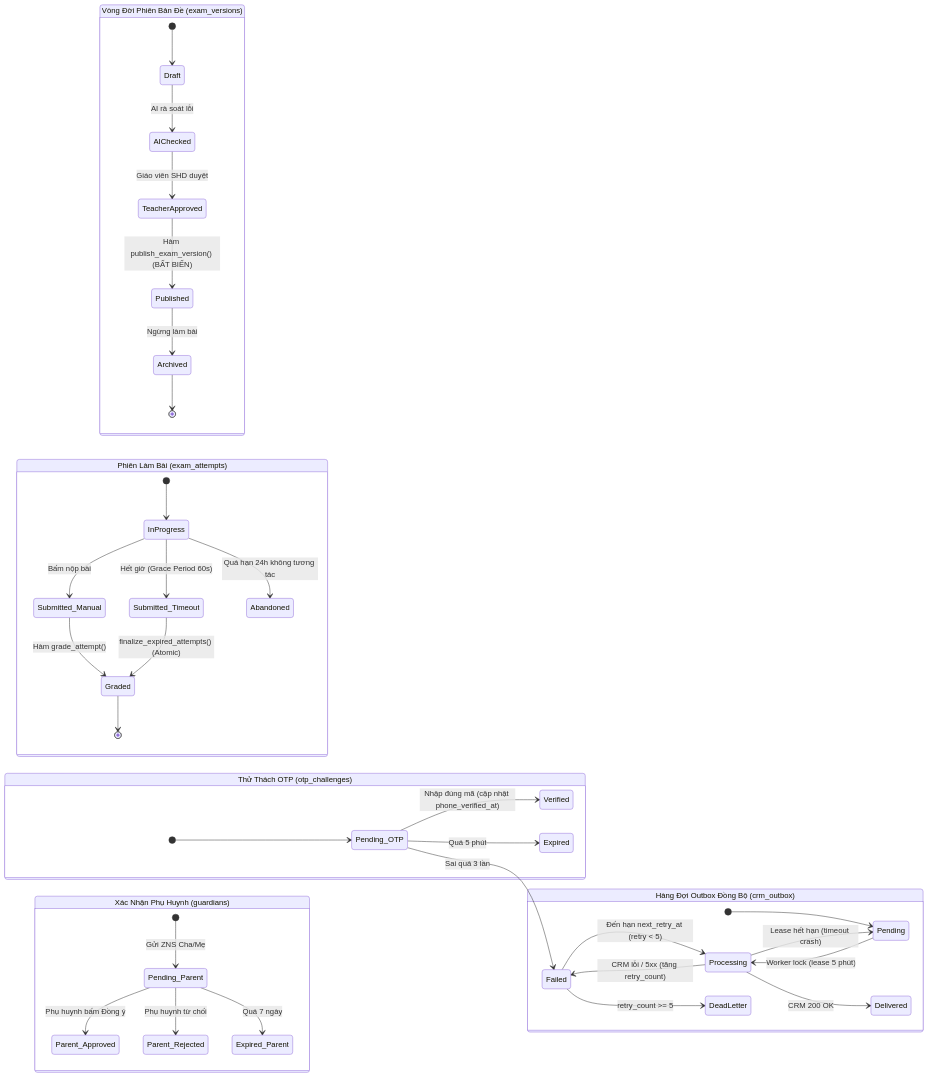
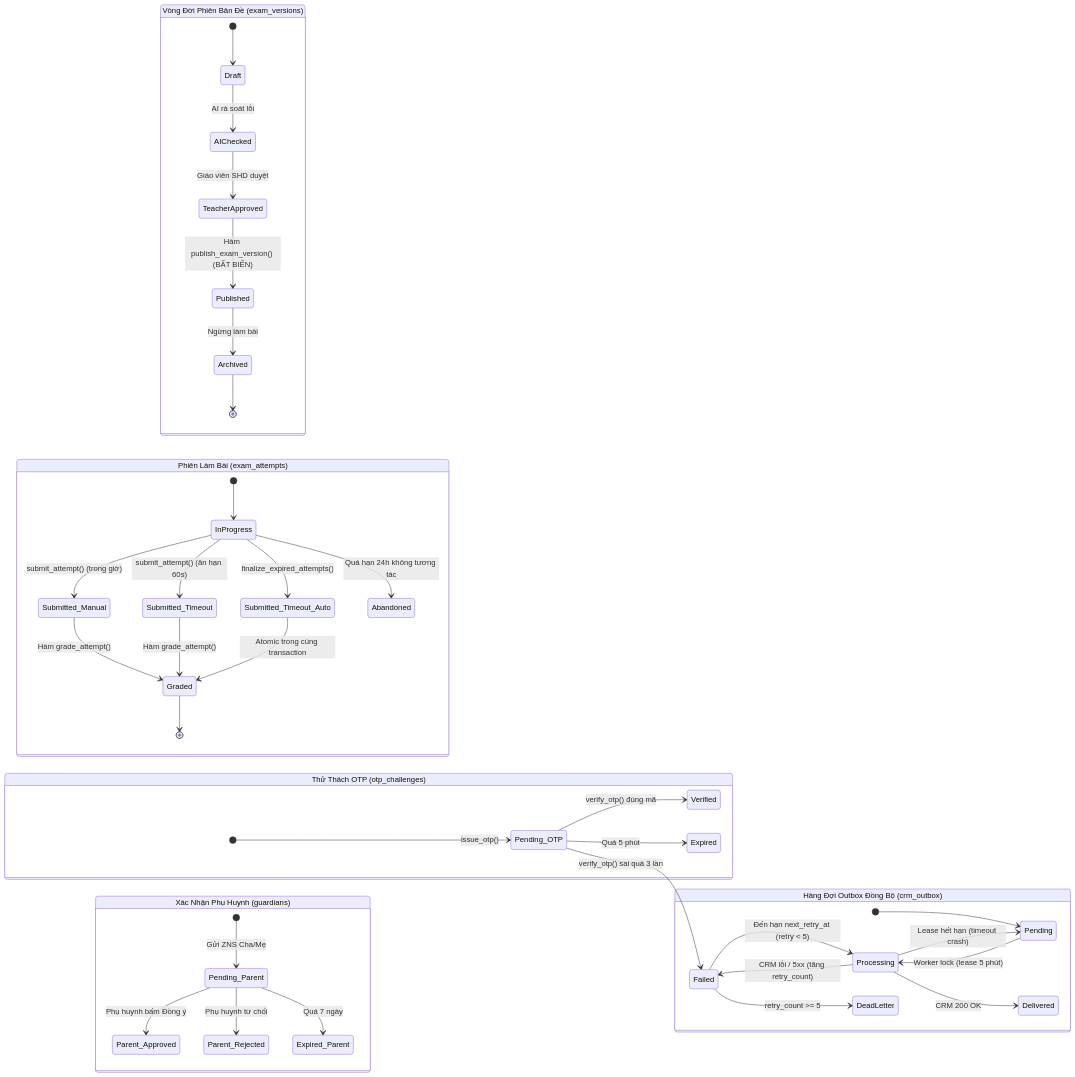
The sixth of 6 diagrams in docs/architecture/02-data-model.md (hoangthanhpro97/shd-tuhoctiengduc), drawn with Mermaid before and after one commit. The commit also changed other lines of this file, not shown here.

Commit message:
docs(architecture): upgrade data model to v1.3 with zero-direct-write and security definer gateways

````diff
--- a/docs/architecture/02-data-model.md
+++ b/docs/architecture/02-data-model.md
@@ -798,47 +885,49 @@
 ```mermaid
 stateDiagram-v2
     direction LR
 
     state "Vòng Đời Phiên Bản Đề (exam_versions)" as SM_Exam {
         [*] --> Draft
         Draft --> AIChecked : AI rà soát lỗi
         AIChecked --> TeacherApproved : Giáo viên SHD duyệt
         TeacherApproved --> Published : Hàm publish_exam_version() (BẤT BIẾN)
         Published --> Archived : Ngừng làm bài
         Archived --> [*]
     }
 
     state "Phiên Làm Bài (exam_attempts)" as SM_Attempt {
         [*] --> InProgress
-        InProgress --> Submitted_Manual : Bấm nộp bài
-        InProgress --> Submitted_Timeout : Hết giờ (Grace Period 60s)
+        InProgress --> Submitted_Manual : submit_attempt() (trong giờ)
+        InProgress --> Submitted_Timeout : submit_attempt() (ân hạn 60s)
+        InProgress --> Submitted_Timeout_Auto : finalize_expired_attempts()
         InProgress --> Abandoned : Quá hạn 24h không tương tác
         Submitted_Manual --> Graded : Hàm grade_attempt()
-        Submitted_Timeout --> Graded : finalize_expired_attempts() (Atomic)
+        Submitted_Timeout --> Graded : Hàm grade_attempt()
+        Submitted_Timeout_Auto --> Graded : Atomic trong cùng transaction
         Graded --> [*]
     }
 
     state "Thử Thách OTP (otp_challenges)" as SM_OTP {
-        [*] --> Pending_OTP
-        Pending_OTP --> Verified : Nhập đúng mã (cập nhật phone_verified_at)
+        [*] --> Pending_OTP : issue_otp()
+        Pending_OTP --> Verified : verify_otp() đúng mã
         Pending_OTP --> Expired : Quá 5 phút
-        Pending_OTP --> Failed : Sai quá 3 lần
+        Pending_OTP --> Failed : verify_otp() sai quá 3 lần
     }
 
     state "Xác Nhận Phụ Huynh (guardians)" as SM_Guardian {
         [*] --> Pending_Parent : Gửi ZNS Cha/Mẹ
         Pending_Parent --> Parent_Approved : Phụ huynh bấm Đồng ý
         Pending_Parent --> Parent_Rejected : Phụ huynh từ chối
         Pending_Parent --> Expired_Parent : Quá 7 ngày
     }
 
     state "Hàng Đợi Outbox Đồng Bộ (crm_outbox)" as SM_Outbox {
         [*] --> Pending
         Pending --> Processing : Worker lock (lease 5 phút)
         Processing --> Delivered : CRM 200 OK
         Processing --> Pending : Lease hết hạn (timeout crash)
         Processing --> Failed : CRM lỗi / 5xx (tăng retry_count)
         Failed --> Processing : Đến hạn next_retry_at (retry < 5)
         Failed --> DeadLetter : retry_count >= 5
     }
 ```
````
